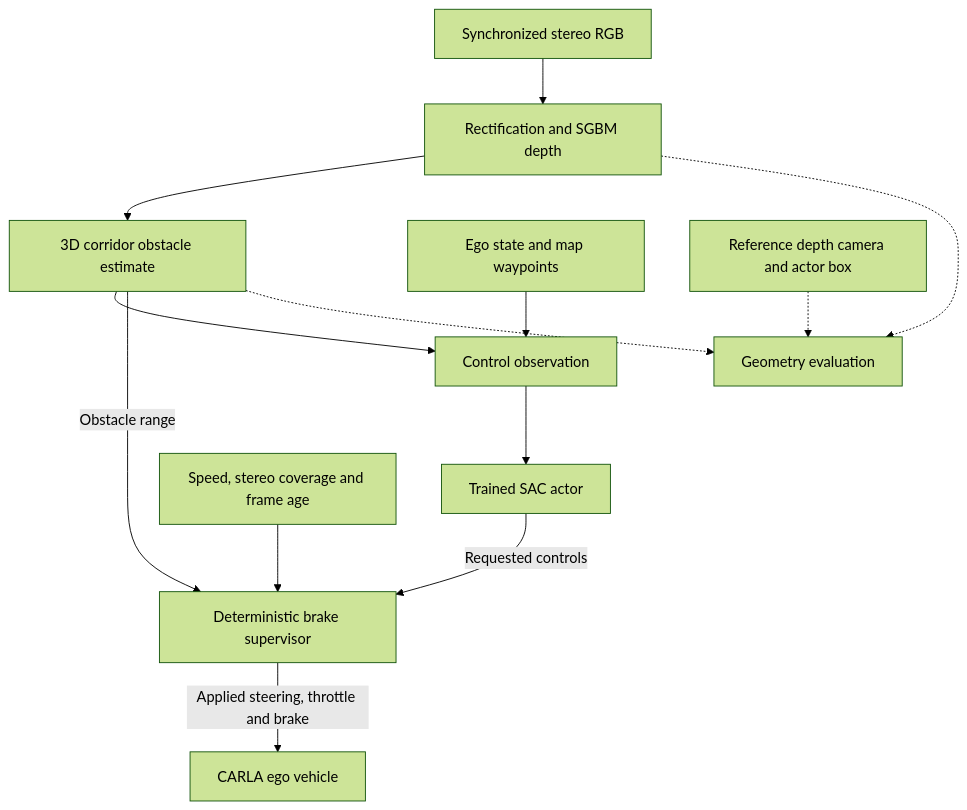
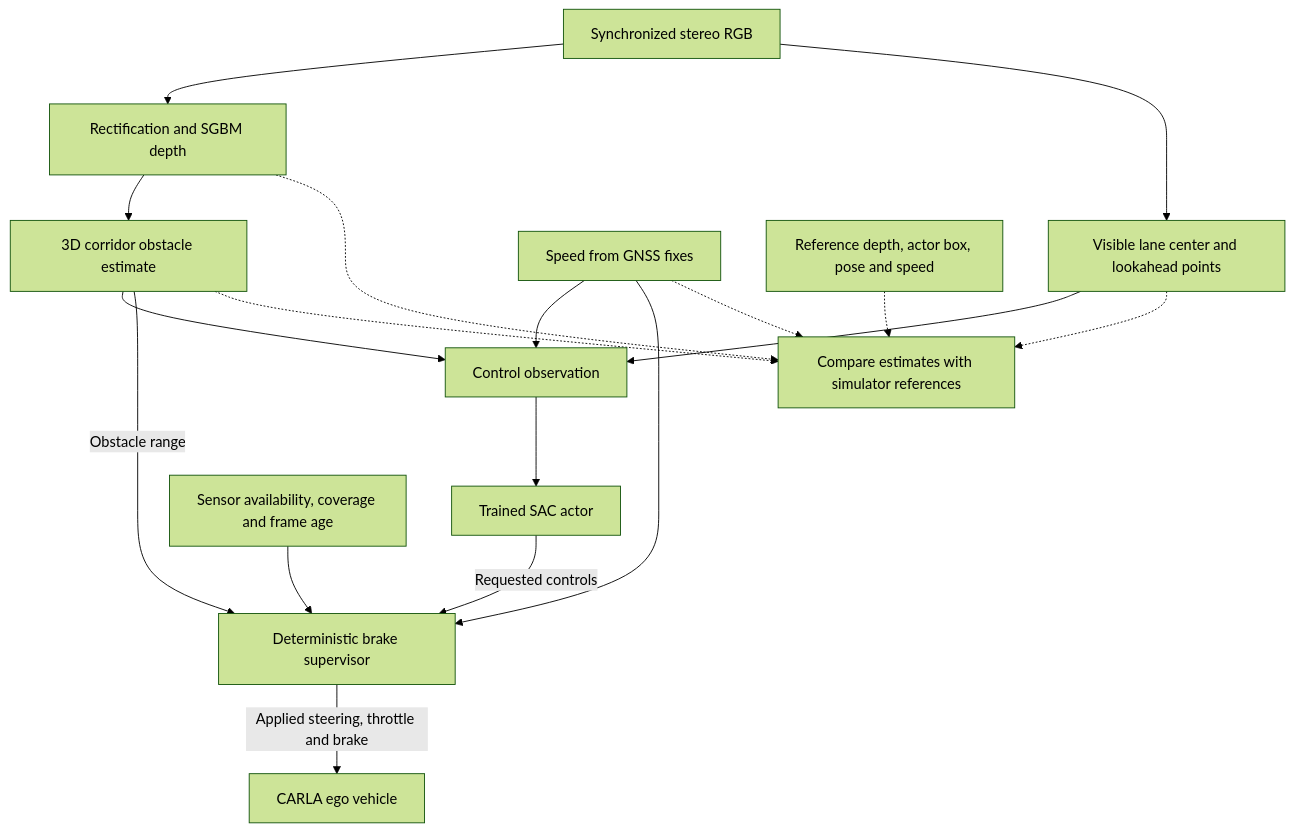
One commit to Nandhini1github/RL-SAC-Driving-Geometric-Vision changed the third of 3 diagrams in README.md. Above: the diagram before and after it, drawn with Mermaid (forest theme). The commit also changed other lines of this file and 18 other files, not shown here.

Commit message:
Drive the CARLA stop from camera lanes, stereo range and GNSS speed

````diff
--- a/README.md
+++ b/README.md
@@ -78,15 +94,20 @@
 ```mermaid
 flowchart TD
     RGB[Synchronized stereo RGB] --> Depth[Rectification and SGBM depth]
     Depth --> Range[3D corridor obstacle estimate]
     Range --> Obs[Control observation]
-    State[Ego state and map waypoints] --> Obs
+    RGB --> Lane[Visible lane center and lookahead points]
+    Lane --> Obs
+    GNSS[Speed from GNSS fixes] --> Obs
     Obs --> Actor[Trained SAC actor]
     Actor -->|Requested controls| Brake[Deterministic brake supervisor]
     Range -->|Obstacle range| Brake
-    Checks[Speed, stereo coverage and frame age] --> Brake
+    Checks[Sensor availability, coverage and frame age] --> Brake
+    GNSS --> Brake
     Brake -->|Applied steering, throttle and brake| Ego[CARLA ego vehicle]
-    Depth -.-> Eval[Geometry evaluation]
+    Depth -.-> Eval[Compare estimates with simulator references]
     Range -.-> Eval
-    GT[Reference depth camera and actor box] -.-> Eval
+    GT[Reference depth, actor box, pose and speed] -.-> Eval
+    Lane -.-> Eval
+    GNSS -.-> Eval
 ```
````
